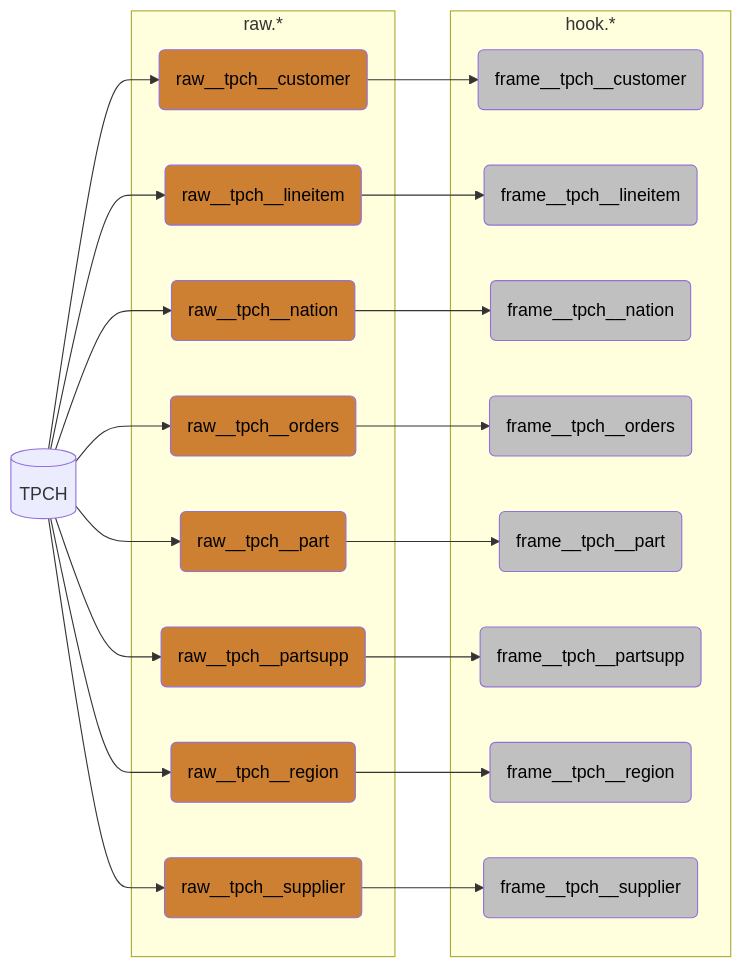
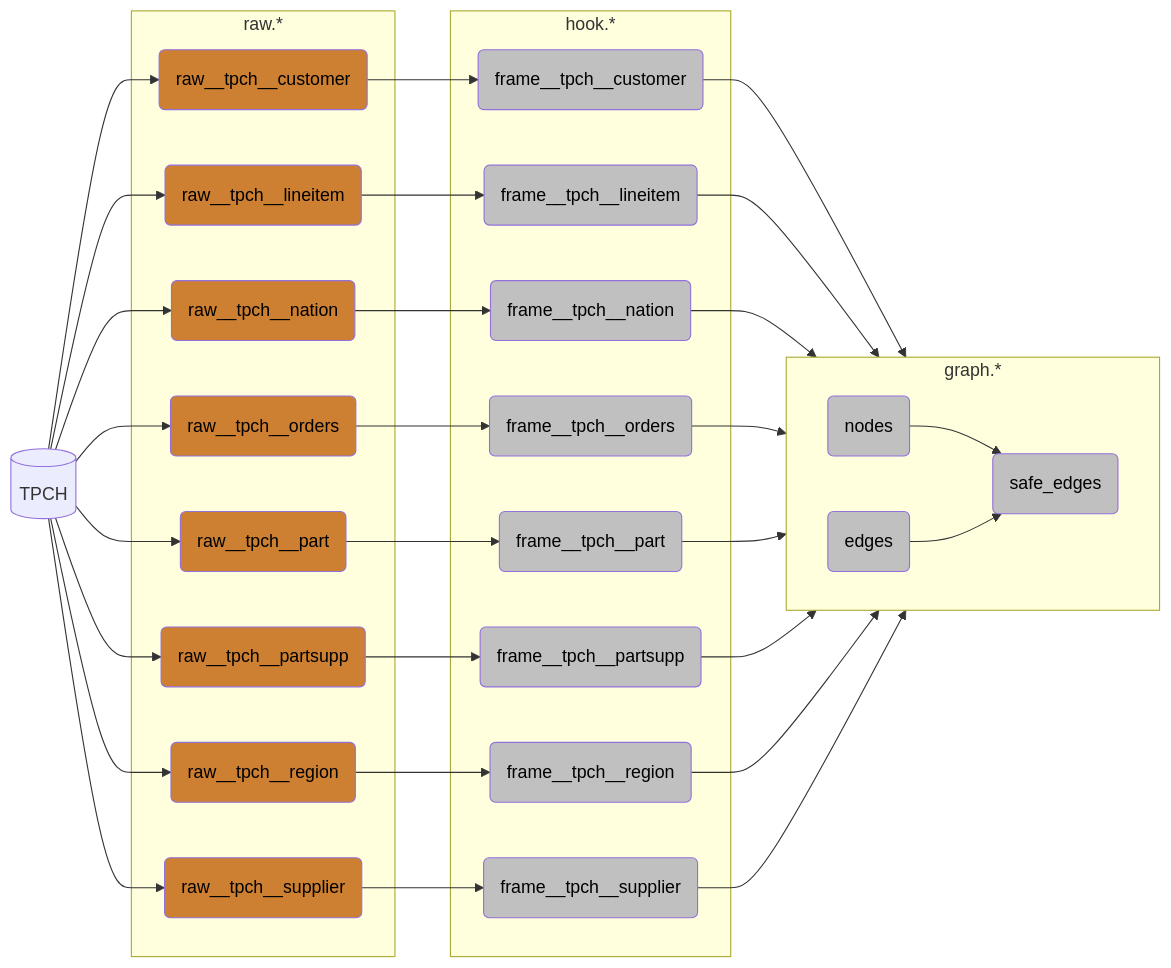
Before and after one commit to mattiasthalen/fabric_blueprint_modelling: the second of 2 diagrams in README.md, drawn with Mermaid. The commit also changed other lines of this file and 1 other file, not shown here.

Commit message:
Add graph generation

````diff
--- a/README.md
+++ b/README.md
@@ -25,39 +26,48 @@
 ```mermaid
 flowchart LR
     classDef bronze fill:#CD7F32,color:black
     classDef silver fill:#C0C0C0,color:black
     classDef gold fill:#FFD700,color:black
     
     source@{label: TPCH, shape: "database"}
 
     subgraph raw[raw.*]
         raw__tpch__customer:::bronze@{shape: rounded}
         raw__tpch__lineitem:::bronze@{shape: rounded}
         raw__tpch__nation:::bronze@{shape: rounded}
         raw__tpch__orders:::bronze@{shape: rounded}
         raw__tpch__part:::bronze@{shape: rounded}
         raw__tpch__partsupp:::bronze@{shape: rounded}
         raw__tpch__region:::bronze@{shape: rounded}
         raw__tpch__supplier:::bronze@{shape: rounded}
     end
 
     subgraph organized[hook.*]
         frame__tpch__customer:::silver@{shape: rounded}
         frame__tpch__lineitem:::silver@{shape: rounded}
         frame__tpch__nation:::silver@{shape: rounded}
         frame__tpch__orders:::silver@{shape: rounded}
         frame__tpch__part:::silver@{shape: rounded}
         frame__tpch__partsupp:::silver@{shape: rounded}
         frame__tpch__region:::silver@{shape: rounded}
         frame__tpch__supplier:::silver@{shape: rounded}
     end
 
-    source --> raw__tpch__customer --> frame__tpch__customer
-    source --> raw__tpch__lineitem --> frame__tpch__lineitem
-    source --> raw__tpch__nation --> frame__tpch__nation
-    source --> raw__tpch__orders --> frame__tpch__orders
-    source --> raw__tpch__part --> frame__tpch__part
-    source --> raw__tpch__partsupp --> frame__tpch__partsupp
-    source --> raw__tpch__region --> frame__tpch__region
-    source --> raw__tpch__supplier --> frame__tpch__supplier
+    subgraph pgraph[graph.*]
+        direction LR
+        nodes:::silver@{shape: rounded}
+        edges:::silver@{shape: rounded}
+        safe_edges:::silver@{shape: rounded}
+    end
+
+    source --> raw__tpch__customer --> frame__tpch__customer --> pgraph
+    source --> raw__tpch__lineitem --> frame__tpch__lineitem --> pgraph
+    source --> raw__tpch__nation --> frame__tpch__nation --> pgraph
+    source --> raw__tpch__orders --> frame__tpch__orders --> pgraph
+    source --> raw__tpch__part --> frame__tpch__part --> pgraph
+    source --> raw__tpch__partsupp --> frame__tpch__partsupp --> pgraph
+    source --> raw__tpch__region --> frame__tpch__region --> pgraph
+    source --> raw__tpch__supplier --> frame__tpch__supplier --> pgraph
+
+    nodes & edges --> safe_edges
 ```
````
